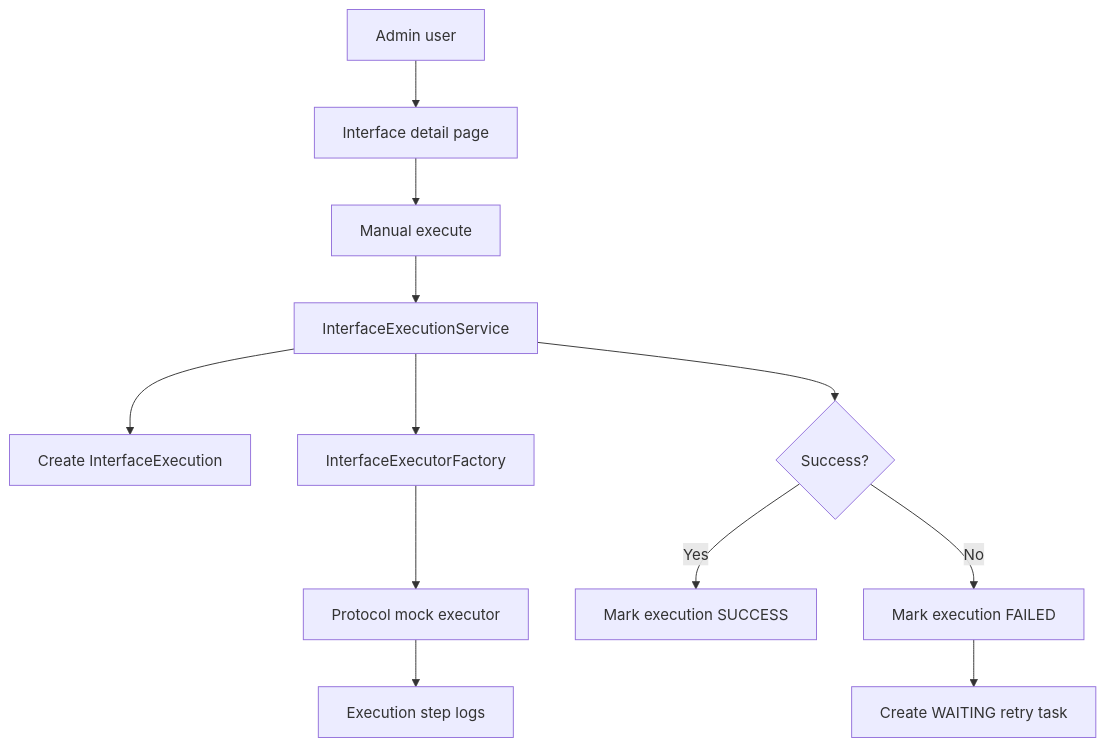
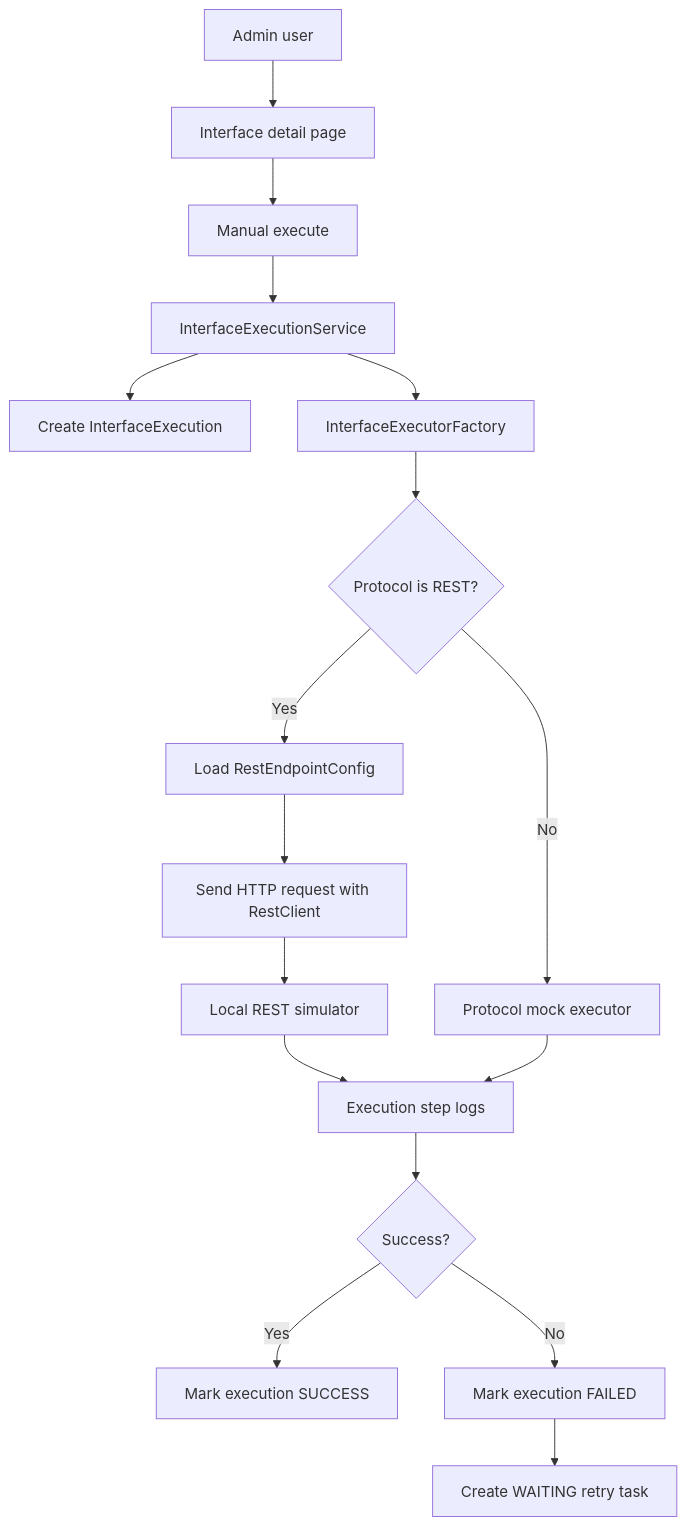
Before and after one commit to prozen99/Insurance_interface_hub: the first of 2 diagrams in docs/02-architecture.md, drawn with Mermaid. The commit also changed other lines of this file and 9 other files, not shown here.

````diff
--- a/docs/02-architecture.md
+++ b/docs/02-architecture.md
@@ -25,14 +30,19 @@
 ```mermaid
 flowchart TD
     Admin["Admin user"] --> Detail["Interface detail page"]
     Detail --> Execute["Manual execute"]
     Execute --> Engine["InterfaceExecutionService"]
     Engine --> Record["Create InterfaceExecution"]
     Engine --> Factory["InterfaceExecutorFactory"]
-    Factory --> Mock["Protocol mock executor"]
-    Mock --> Steps["Execution step logs"]
-    Engine --> Result{"Success?"}
+    Factory --> RestCheck{"Protocol is REST?"}
+    RestCheck -->|Yes| RestConfig["Load RestEndpointConfig"]
+    RestConfig --> RestClient["Send HTTP request with RestClient"]
+    RestClient --> Simulator["Local REST simulator"]
+    RestCheck -->|No| Mock["Protocol mock executor"]
+    Simulator --> Steps["Execution step logs"]
+    Mock --> Steps
+    Steps --> Result{"Success?"}
     Result -->|Yes| Success["Mark execution SUCCESS"]
     Result -->|No| Failure["Mark execution FAILED"]
     Failure --> Retry["Create WAITING retry task"]
 ```
````
